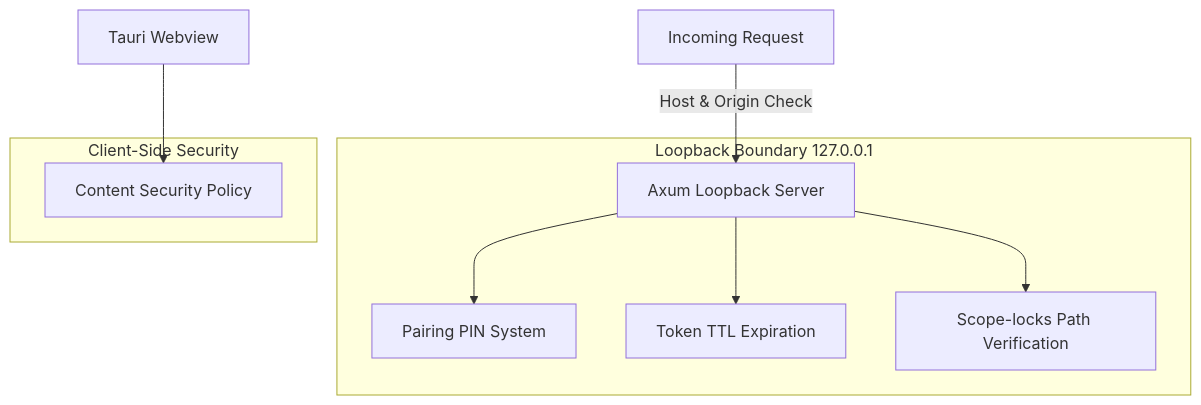
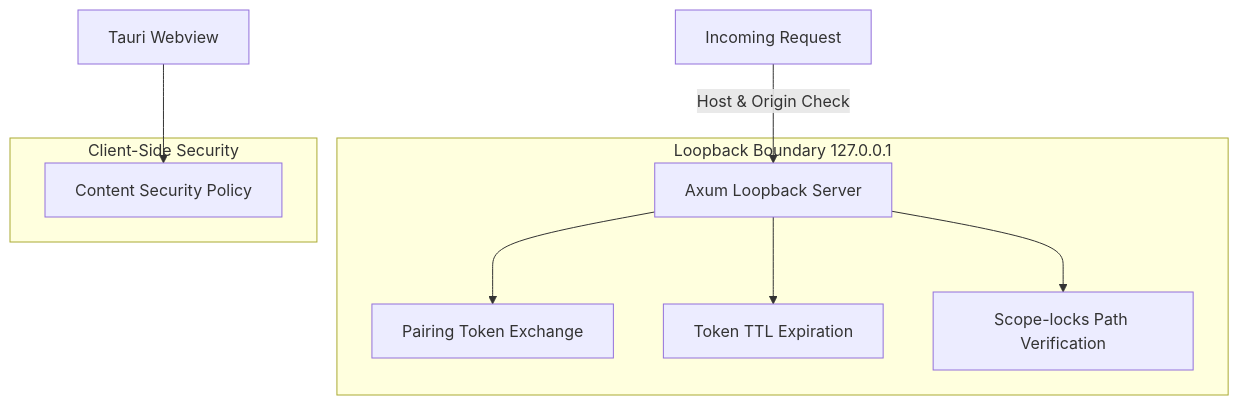
The fifth of 6 diagrams in docs/architecture.md (scottconverse/CivicNewspaper), drawn with Mermaid before and after one commit. The commit also changed other lines of this file and 78 other files, not shown here.

````diff
--- a/docs/architecture.md
+++ b/docs/architecture.md
@@ -107,17 +108,17 @@
 ```mermaid
 graph TD
     subgraph Loopback Boundary 127.0.0.1
         Server[Axum Loopback Server]
-        PIN[Pairing PIN System]
+        Pairing[Pairing Token Exchange]
         TTL[Token TTL Expiration]
         Locks[Scope-locks Path Verification]
     end
     subgraph Client-Side Security
         CSP[Content Security Policy]
     end
     Request[Incoming Request] -->|Host & Origin Check| Server
-    Server --> PIN
+    Server --> Pairing
     Server --> TTL
     Server --> Locks
     TauriWebView[Tauri Webview] --> CSP
 ```
````
